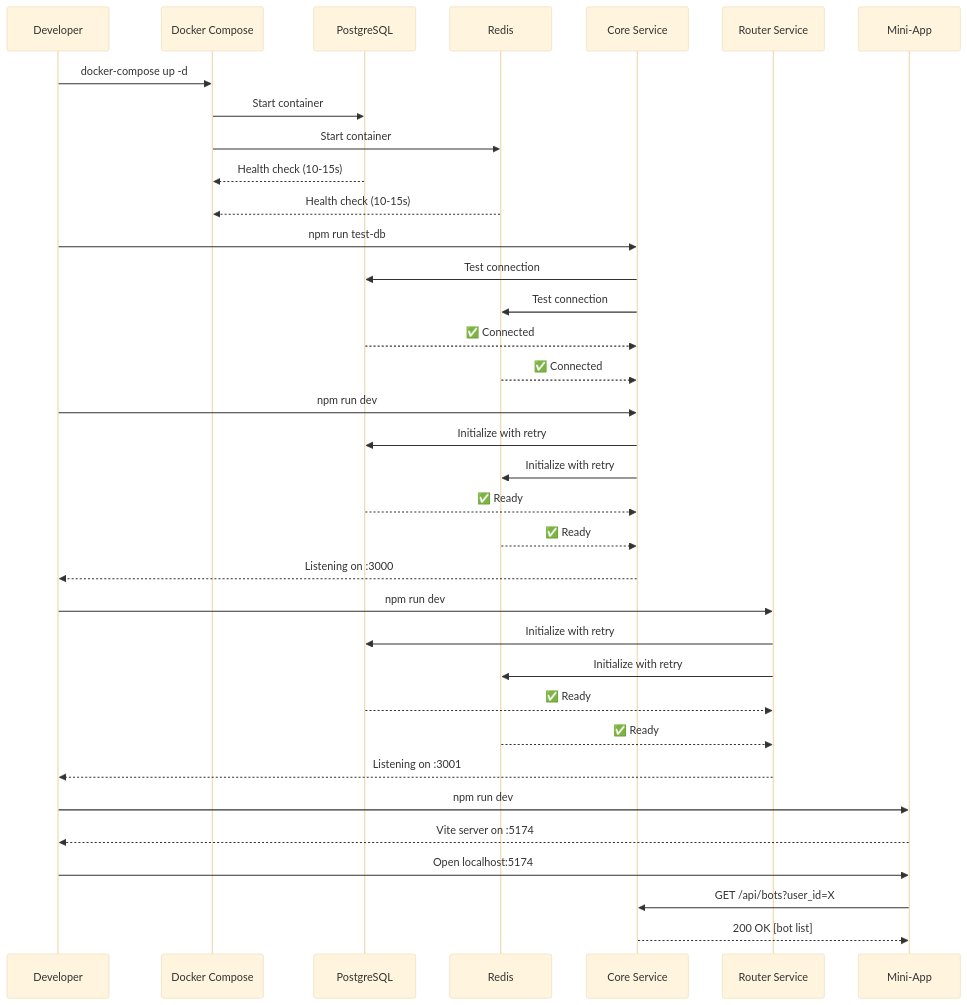
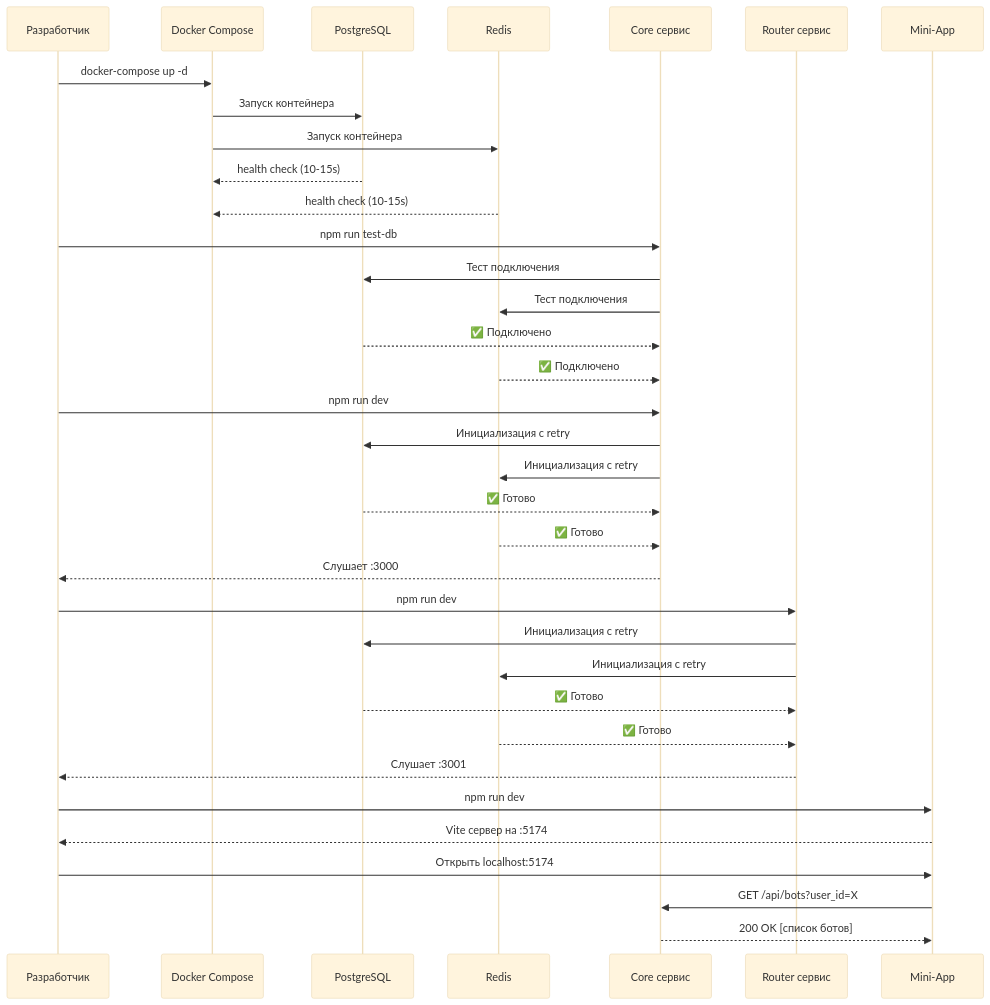
One commit to BogdanMod/lego_bot changed the second of 2 diagrams in RUNBOOK.md. Above: the diagram before and after it, drawn with Mermaid (base theme). The commit also changed other lines of this file and 1 other file, not shown here.

````diff
--- a/RUNBOOK.md
+++ b/RUNBOOK.md
@@ -617,43 +617,43 @@
 ```mermaid
 sequenceDiagram
-    participant Dev as Developer
+    participant Dev as Разработчик
     participant Docker as Docker Compose
     participant PG as PostgreSQL
     participant Redis as Redis
-    participant Core as Core Service
-    participant Router as Router Service
+    participant Core as Core сервис
+    participant Router as Router сервис
     participant MiniApp as Mini-App
 
     Dev->>Docker: docker-compose up -d
-    Docker->>PG: Start container
-    Docker->>Redis: Start container
-    PG-->>Docker: Health check (10-15s)
-    Redis-->>Docker: Health check (10-15s)
+    Docker->>PG: Запуск контейнера
+    Docker->>Redis: Запуск контейнера
+    PG-->>Docker: health check (10-15s)
+    Redis-->>Docker: health check (10-15s)
     
     Dev->>Core: npm run test-db
-    Core->>PG: Test connection
-    Core->>Redis: Test connection
-    PG-->>Core: ✅ Connected
-    Redis-->>Core: ✅ Connected
+    Core->>PG: Тест подключения
+    Core->>Redis: Тест подключения
+    PG-->>Core: ✅ Подключено
+    Redis-->>Core: ✅ Подключено
     
     Dev->>Core: npm run dev
-    Core->>PG: Initialize with retry
-    Core->>Redis: Initialize with retry
-    PG-->>Core: ✅ Ready
-    Redis-->>Core: ✅ Ready
-    Core-->>Dev: Listening on :3000
+    Core->>PG: Инициализация с retry
+    Core->>Redis: Инициализация с retry
+    PG-->>Core: ✅ Готово
+    Redis-->>Core: ✅ Готово
+    Core-->>Dev: Слушает :3000
     
     Dev->>Router: npm run dev
-    Router->>PG: Initialize with retry
-    Router->>Redis: Initialize with retry
-    PG-->>Router: ✅ Ready
-    Redis-->>Router: ✅ Ready
-    Router-->>Dev: Listening on :3001
+    Router->>PG: Инициализация с retry
+    Router->>Redis: Инициализация с retry
+    PG-->>Router: ✅ Готово
+    Redis-->>Router: ✅ Готово
+    Router-->>Dev: Слушает :3001
     
     Dev->>MiniApp: npm run dev
-    MiniApp-->>Dev: Vite server on :5174
+    MiniApp-->>Dev: Vite сервер на :5174
     
-    Dev->>MiniApp: Open localhost:5174
+    Dev->>MiniApp: Открыть localhost:5174
     MiniApp->>Core: GET /api/bots?user_id=X
-    Core-->>MiniApp: 200 OK [bot list]
+    Core-->>MiniApp: 200 OK [список ботов]
 ```
````
